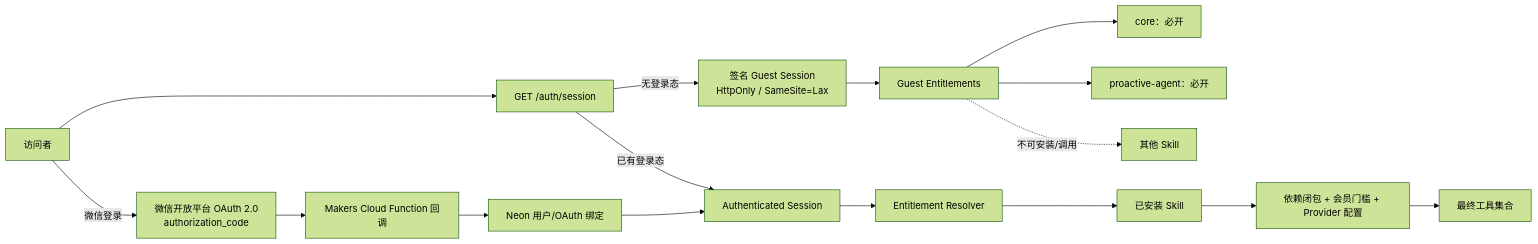
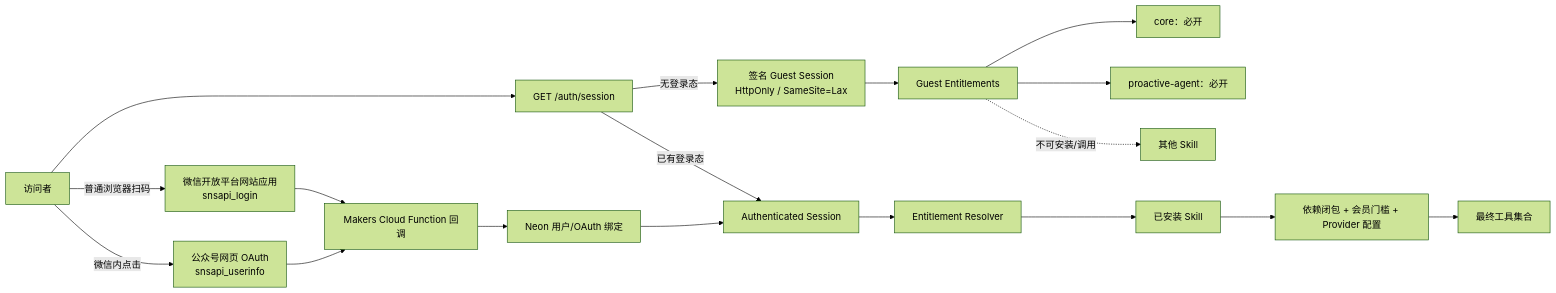
Before and after one commit to wangjr20210114-hue/-ai-: the fourth of 7 diagrams in ARCHITECTURE_PLAN.md, drawn with Mermaid (forest theme). The commit also changed 18 other files, not shown here.

````diff
--- a/ARCHITECTURE_PLAN.md
+++ b/ARCHITECTURE_PLAN.md
@@ -248,20 +248,22 @@
 ```mermaid
 flowchart LR
     V["访问者"] --> S["GET /auth/session"]
     S -->|"无登录态"| G["签名 Guest Session<br/>HttpOnly / SameSite=Lax"]
     S -->|"已有登录态"| A["Authenticated Session"]
-    V -->|"微信登录"| W["微信开放平台 OAuth 2.0<br/>authorization_code"]
+    V -->|"普通浏览器扫码"| W["微信开放平台网站应用<br/>snsapi_login"]
+    V -->|"微信内点击"| WX["公众号网页 OAuth<br/>snsapi_userinfo"]
     W --> CF["Makers Cloud Function 回调"]
+    WX --> CF
     CF --> DB["Neon 用户/OAuth 绑定"]
     DB --> A
 
     G --> GE["Guest Entitlements"]
     GE --> C1["core：必开"]
     GE --> C2["proactive-agent：必开"]
     GE -. "不可安装/调用" .-> O["其他 Skill"]
 
     A --> E["Entitlement Resolver"]
     E --> I["已安装 Skill"]
     I --> D["依赖闭包 + 会员门槛 + Provider 配置"]
     D --> T["最终工具集合"]
 ```
````
